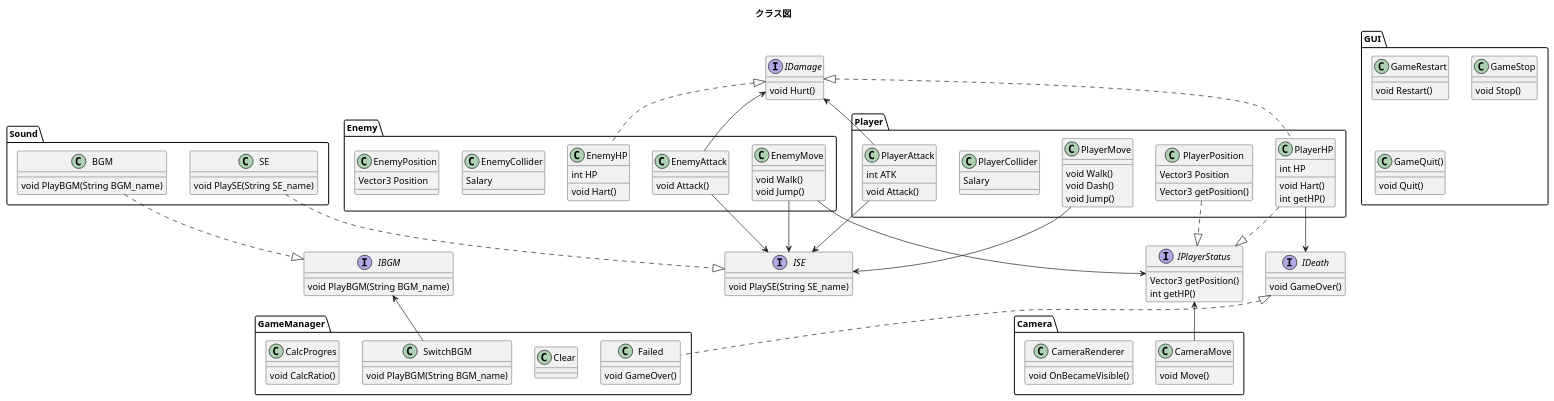
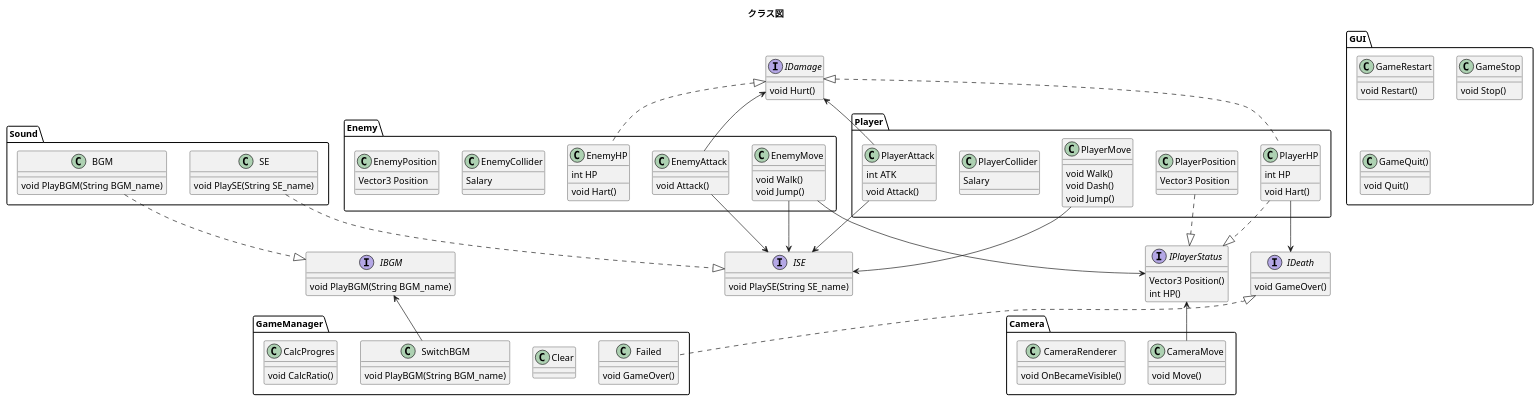
Before and after one commit to SomaKamikubo/Oumuamua: the diagram in Document/sekkei/class.pu, drawn with PlantUML.

Commit message:
インターフェースをちょっと修正

```diff
--- a/Document/sekkei/class.pu
+++ b/Document/sekkei/class.pu
@@ -1,139 +1,143 @@
 @startuml name
 title クラス図
 
-package Player <<Folder>> {
+Folder Player  {
     class PlayerMove {
         void Walk()
         void Dash()
         void Jump()
     }
     class PlayerAttack {
         int ATK
         void Attack()
     }
     class PlayerHP {
         int HP
         void Hart()
-        int getHP()
     }
-    class PlayerCollider {
+    class PlayerCollider 
+    {
         Salary
     }
     class PlayerPosition {
         Vector3 Position
-        Vector3 getPosition()
     }
+    
 }
 
-package Enemy <<Folder>> {
+
+Folder Enemy  {
     class EnemyMove {
         void Walk()
         void Jump()
     }
     class EnemyAttack {
         void Attack()
     }
     class EnemyHP {
         int HP
         void Hart()
     }
     class EnemyCollider {
         Salary
     }
     class EnemyPosition {
         Vector3 Position
 
     }
 }
 
-package Camera <<Folder>> {
+Folder Camera  {
     class CameraMove {
         void Move()
     }
     class CameraRenderer {
         void OnBecameVisible()
     }
     }
 
-    package Sound <<Folder>> {
+    Folder Sound  {
     class BGM {
         void PlayBGM(String BGM_name)
     }
     class SE {
         void PlaySE(String SE_name)
     }
 }
 
-package GameManager <<Folder>> {
+Folder GameManager  {
     class Failed {
         void GameOver()
     }
     class Clear {
     
     }
 
     class SwitchBGM {
         void PlayBGM(String BGM_name)
     }
     class CalcProgres{
         void CalcRatio()
     }
 }
 
-package GUI {
+
+Folder GUI {
     class GameRestart{
         void Restart()
     }
     class GameStop{
         void Stop()
     }
     class GameQuit(){
         void Quit()
     }
 }
 
 interface ISE {
     void PlaySE(String SE_name)
 }
 
 interface IBGM {
     void PlayBGM(String BGM_name)
 }
 
 interface IDeath {
     void GameOver()
 }
 
 interface IDamage {
     void Hurt()
 }
 
 interface IPlayerStatus {
-    Vector3 getPosition()
-    int getHP()
+    Vector3 Position()
+    int HP()
 }
 
 
 
 PlayerAttack -up-> IDamage
 PlayerHP ..up|> IDamage
 EnemyAttack -up-> IDamage
 EnemyHP ..up|> IDamage
 
 PlayerAttack -> ISE
 PlayerMove --> ISE
 EnemyAttack --> ISE
 EnemyMove --> ISE
 SE ..|> ISE
 
 CameraMove -up-> IPlayerStatus
 EnemyMove --> IPlayerStatus
 PlayerHP ..|> IPlayerStatus
 PlayerPosition ..|> IPlayerStatus
 
 PlayerHP --> IDeath
 SwitchBGM -up-> IBGM
 Failed ..up|> IDeath
 BGM ..|> IBGM
 
+
+
 @enduml
```
